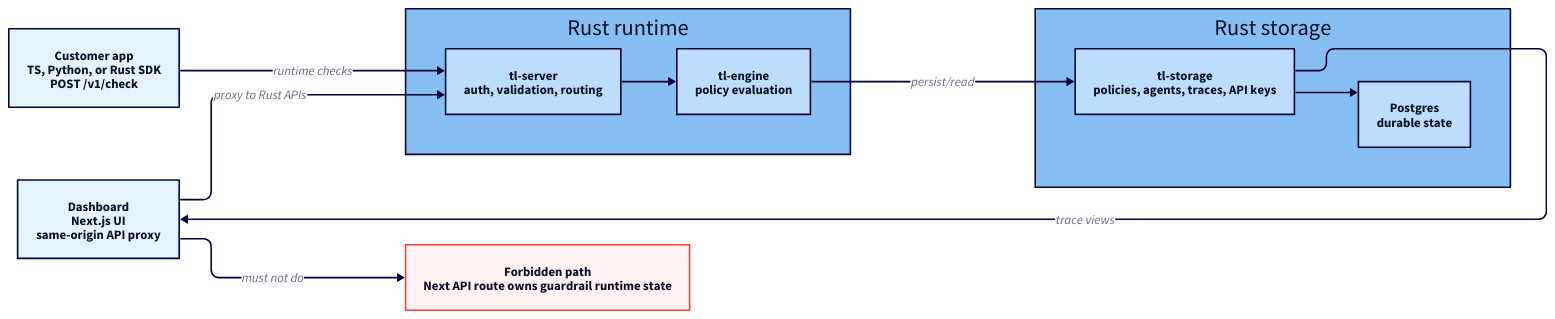
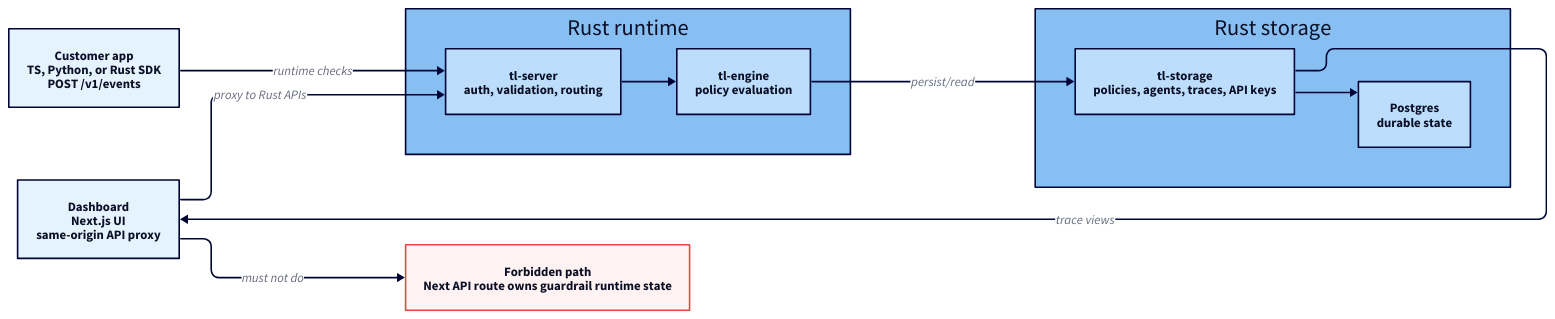
The diagram in docs/diagrams/runtime-data-flow.d2 (ducnguyen67201/TrustLoopGuard), drawn with D2 before and after one commit. The commit also changed other lines of this file and 81 other files, not shown here.

```diff
--- a/docs/diagrams/runtime-data-flow.d2
+++ b/docs/diagrams/runtime-data-flow.d2
@@ -1,46 +1,46 @@
 vars: {
   d2-config: {
     layout-engine: elk
     theme-id: 4
   }
 }
 
 direction: right
 
 sdk: {
-  label: "Customer app\nTS, Python, or Rust SDK\nPOST /v1/check"
+  label: "Customer app\nTS, Python, or Rust SDK\nPOST /v1/events"
 }
 
 dashboard: {
   label: "Dashboard\nNext.js UI\nsame-origin API proxy"
 }
 
 rust: {
   label: "Rust runtime"
 
   server: "tl-server\nauth, validation, routing"
   engine: "tl-engine\npolicy evaluation"
 
   server -> engine
 }
 
 storage: {
   label: "Rust storage"
 
   repo: "tl-storage\npolicies, agents, traces, API keys"
   db: "Postgres\ndurable state"
 
   repo -> db
 }
 
 forbidden: {
   label: "Forbidden path\nNext API route owns guardrail runtime state"
   style.fill: "#fef2f2"
   style.stroke: "#ef4444"
 }
 
 sdk -> rust.server: "runtime checks"
 dashboard -> rust.server: "proxy to Rust APIs"
 rust.engine -> storage.repo: "persist/read"
 storage.repo -> dashboard: "trace views"
 dashboard -> forbidden: "must not do"
```
